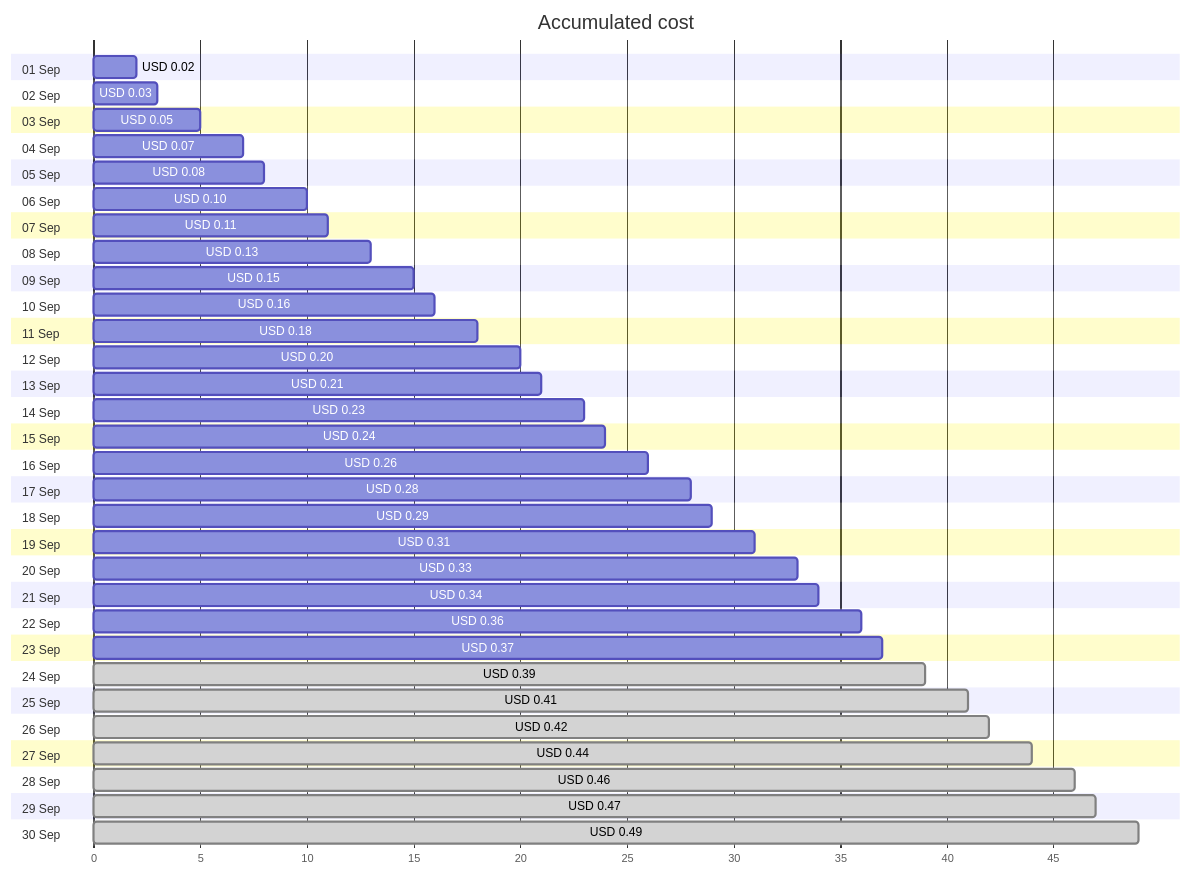
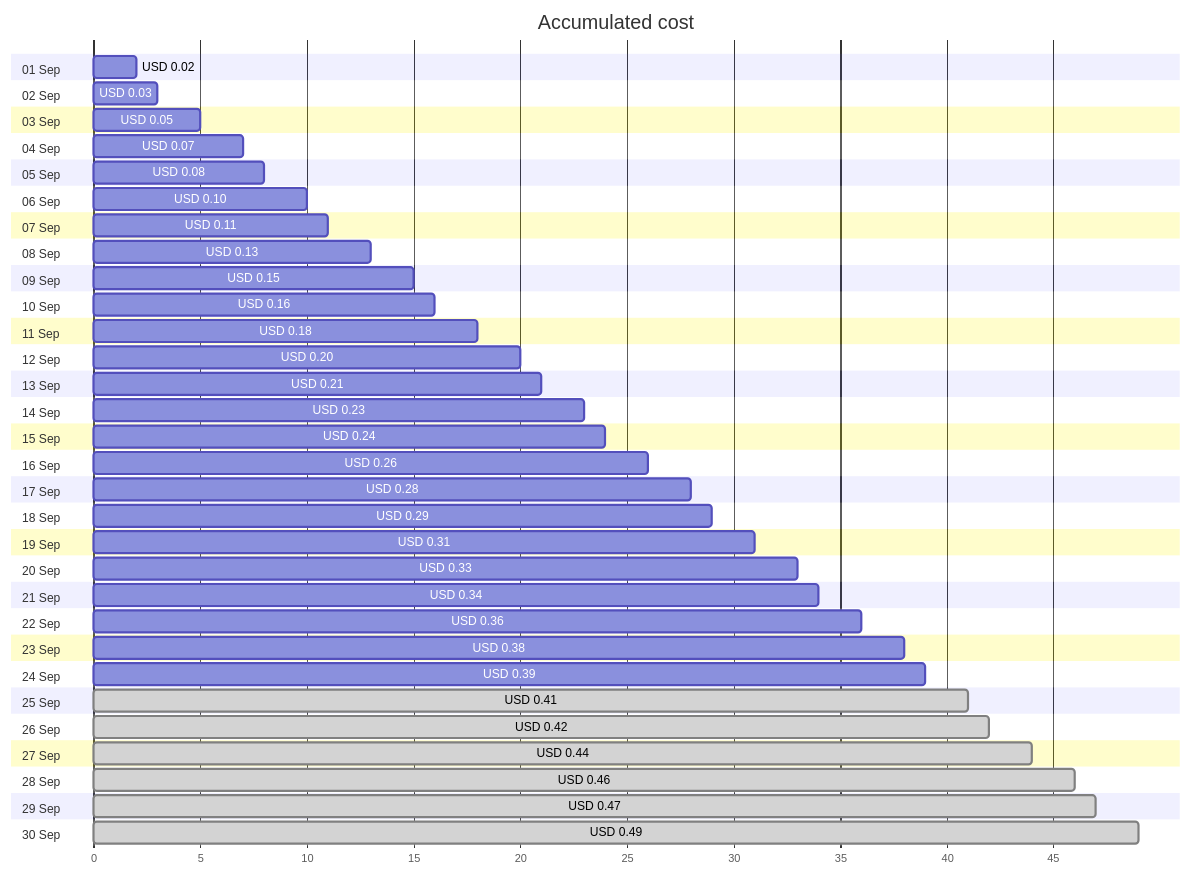
The first of 4 diagrams in cost-reports/personal-dns/jpatrickfulton.dev.md (jpfulton/azure-personal-reports), drawn with Mermaid before and after one commit. The commit also changed other lines of this file and 2 other files, not shown here.

````diff
--- a/cost-reports/personal-dns/jpatrickfulton.dev.md
+++ b/cost-reports/personal-dns/jpatrickfulton.dev.md
@@ -20,66 +20,66 @@
 ```mermaid
 gantt
    title Accumulated cost
    dateFormat  X
    axisFormat %s
    section 01 Sep
    USD 0.02 :0, 2
    section 02 Sep
    USD 0.03 :0, 3
    section 03 Sep
    USD 0.05 :0, 5
    section 04 Sep
    USD 0.07 :0, 7
    section 05 Sep
    USD 0.08 :0, 8
    section 06 Sep
    USD 0.10 :0, 10
    section 07 Sep
    USD 0.11 :0, 11
    section 08 Sep
    USD 0.13 :0, 13
    section 09 Sep
    USD 0.15 :0, 15
    section 10 Sep
    USD 0.16 :0, 16
    section 11 Sep
    USD 0.18 :0, 18
    section 12 Sep
    USD 0.20 :0, 20
    section 13 Sep
    USD 0.21 :0, 21
    section 14 Sep
    USD 0.23 :0, 23
    section 15 Sep
    USD 0.24 :0, 24
    section 16 Sep
    USD 0.26 :0, 26
    section 17 Sep
    USD 0.28 :0, 28
    section 18 Sep
    USD 0.29 :0, 29
    section 19 Sep
    USD 0.31 :0, 31
    section 20 Sep
    USD 0.33 :0, 33
    section 21 Sep
    USD 0.34 :0, 34
    section 22 Sep
    USD 0.36 :0, 36
    section 23 Sep
-   USD 0.37 :0, 37
+   USD 0.38 :0, 38
    section 24 Sep
-   USD 0.39 : done, 0, 39
+   USD 0.39 :0, 39
    section 25 Sep
    USD 0.41 : done, 0, 41
    section 26 Sep
    USD 0.42 : done, 0, 42
    section 27 Sep
    USD 0.44 : done, 0, 44
    section 28 Sep
    USD 0.46 : done, 0, 46
    section 29 Sep
    USD 0.47 : done, 0, 47
    section 30 Sep
    USD 0.49 : done, 0, 49
 ```
````
